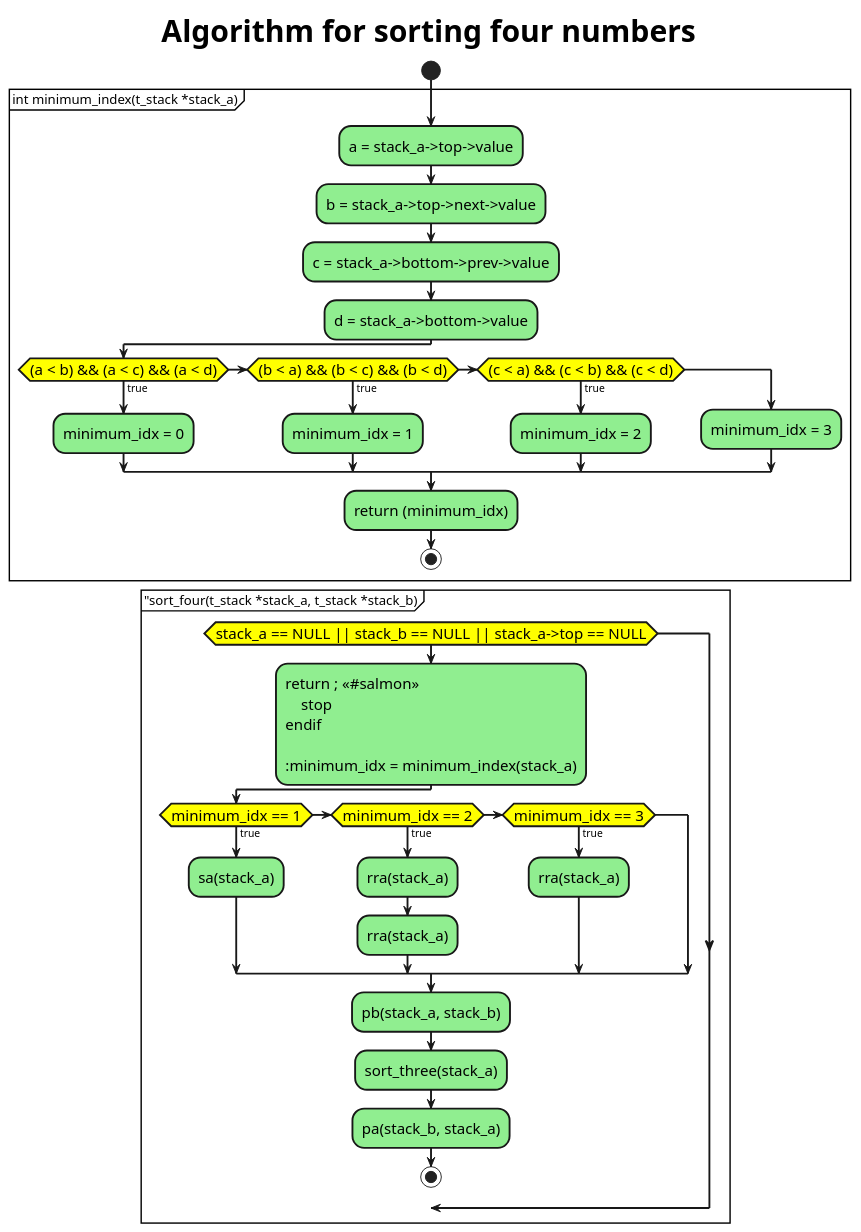
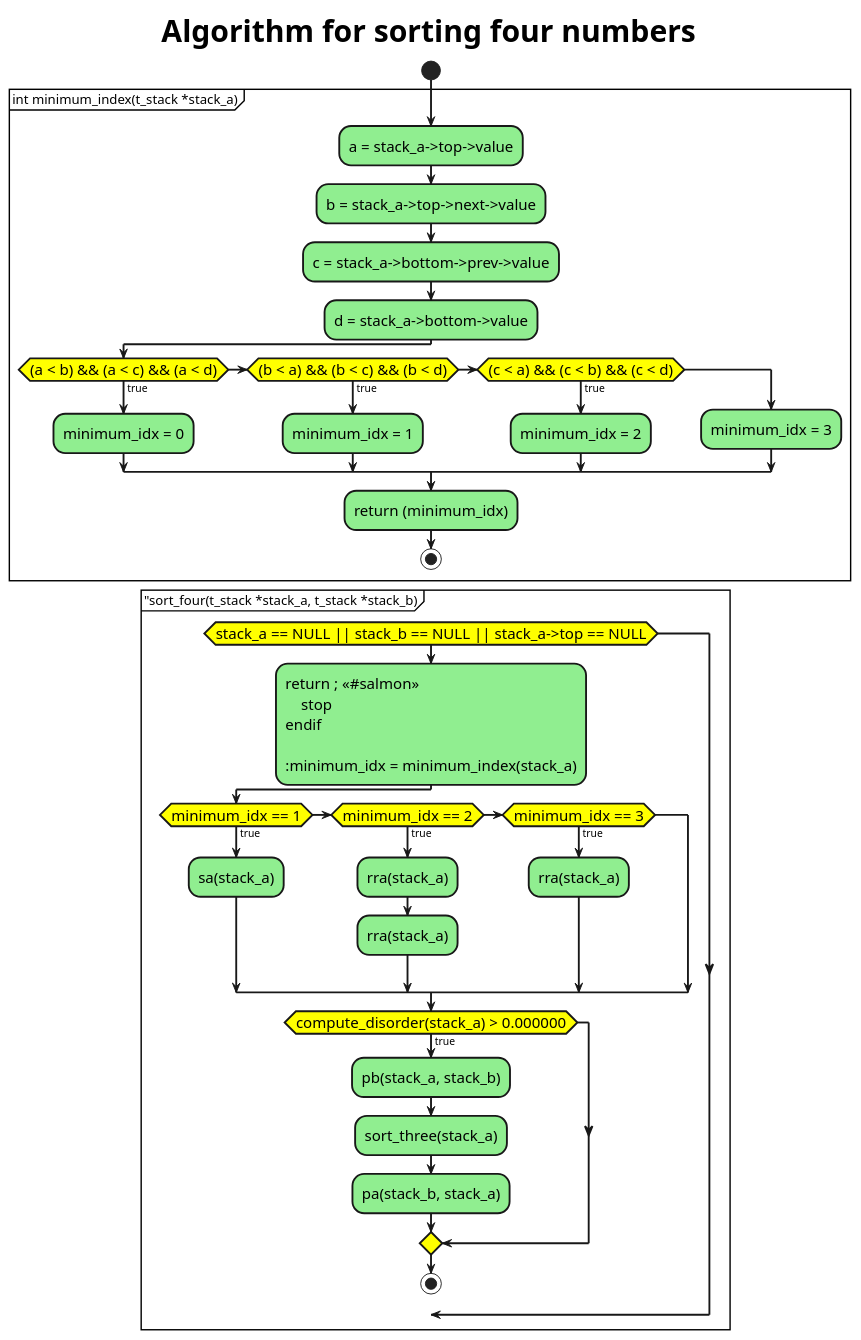
Before and after one commit to martinaradkovicova-lgtm/ft_push_swap: the diagram in sort4.puml, drawn with PlantUML.

```diff
--- a/sort4.puml
+++ b/sort4.puml
@@ -1,53 +1,55 @@
 @startuml
 start
 skinparam {
 ActivityBackgroundColor LightGreen;
 ActivityDiamondBackgroundColor yellow;
 ActivityFontSize 16;
 ActivityBorderThickness 2
 title {
 FontSize 32
 }
 }
 title "Algorithm for sorting four numbers"
 partition "int minimum_index(t_stack *stack_a)" {
     :a = stack_a->top->value;
     :b = stack_a->top->next->value;
     :c = stack_a->bottom->prev->value;
     :d = stack_a->bottom->value;
     
     if ((a < b) && (a < c) && (a < d)) is (true) then
         :minimum_idx = 0;
     else if ((b < a) && (b < c) && (b < d)) is (true) then
         :minimum_idx = 1;
     else if ((c < a) && (c < b) && (c < d)) is (true) then
         :minimum_idx = 2;
     else
         :minimum_idx = 3;
     endif
     :return (minimum_idx);
     stop
 }
 
 
 partition "sort_four(t_stack *stack_a, t_stack *stack_b) {
 if (stack_a == NULL || stack_b == NULL || stack_a->top == NULL)
     :return ; <<#salmon>>
     stop
 endif
 
 :minimum_idx = minimum_index(stack_a);
 if (minimum_idx == 1) is (true) then
     :sa(stack_a);
 else if (minimum_idx == 2) is (true) then
     :rra(stack_a);
     :rra(stack_a);
 else if(minimum_idx == 3) is (true) then
     :rra(stack_a);
 endif
+if (compute_disorder(stack_a) > 0.000000) is (true) then
 :pb(stack_a, stack_b);
 :sort_three(stack_a);
 :pa(stack_b, stack_a);
+endif
 
 stop
 @enduml
```
